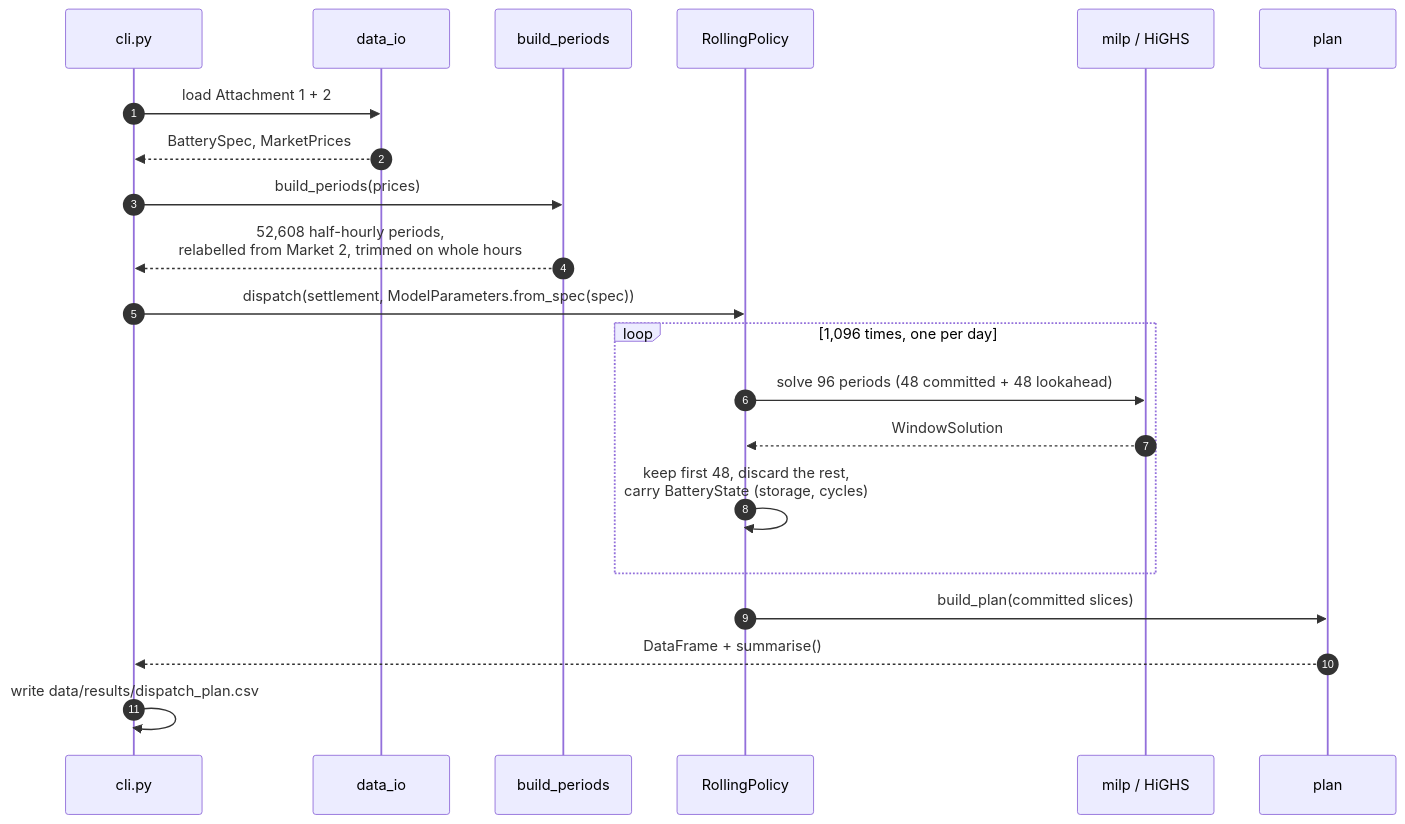
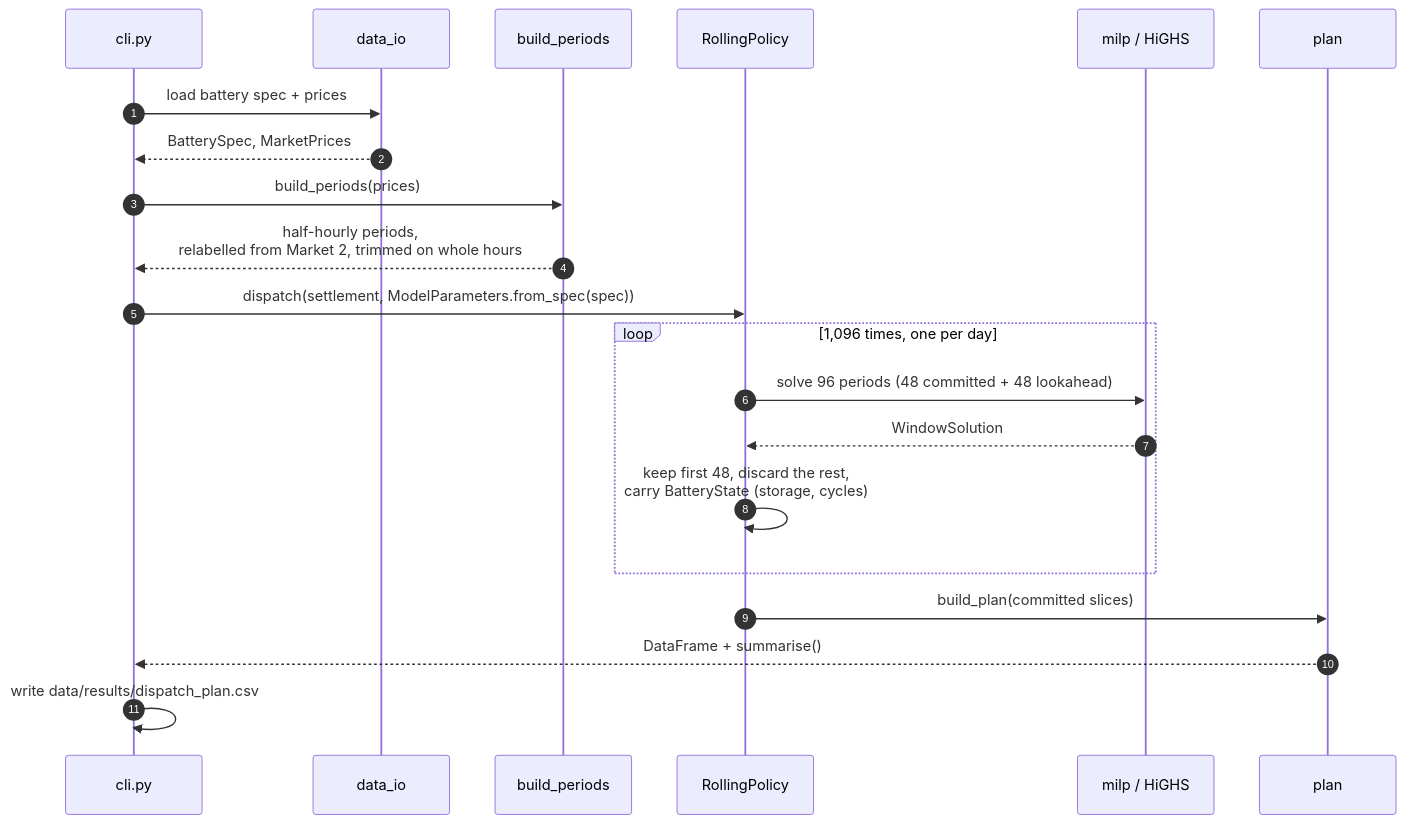
The third of 3 diagrams in docs/solve.md (GuilhermePFM/BatteryDispatchModel), drawn with Mermaid before and after one commit. The commit also changed other lines of this file and 86 other files, not shown here.

````diff
--- a/docs/solve.md
+++ b/docs/solve.md
@@ -83,24 +75,24 @@
 ```mermaid
 sequenceDiagram
     autonumber
     participant CLI as cli.py
     participant IO as data_io
     participant G as build_periods
     participant R as RollingPolicy
     participant M as milp / HiGHS
     participant S as plan
 
-    CLI->>IO: load Attachment 1 + 2
+    CLI->>IO: load battery spec + prices
     IO-->>CLI: BatterySpec, MarketPrices
     CLI->>G: build_periods(prices)
-    G-->>CLI: 52,608 half-hourly periods,<br/>relabelled from Market 2, trimmed on whole hours
+    G-->>CLI: half-hourly periods,<br/>relabelled from Market 2, trimmed on whole hours
     CLI->>R: dispatch(settlement, ModelParameters.from_spec(spec))
     loop 1,096 times, one per day
         R->>M: solve 96 periods (48 committed + 48 lookahead)
         M-->>R: WindowSolution
         R->>R: keep first 48, discard the rest,<br/>carry BatteryState (storage, cycles)
     end
     R->>S: build_plan(committed slices)
     S-->>CLI: DataFrame + summarise()
     CLI->>CLI: write data/results/dispatch_plan.csv
 ```
````
